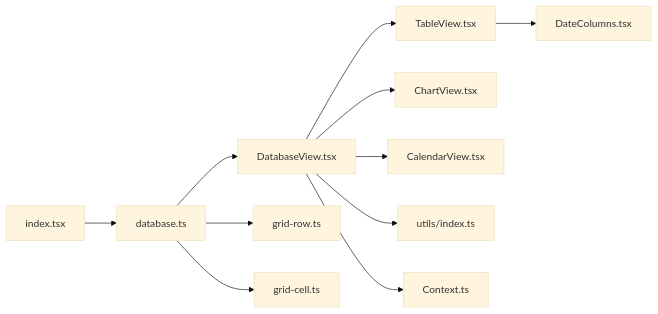
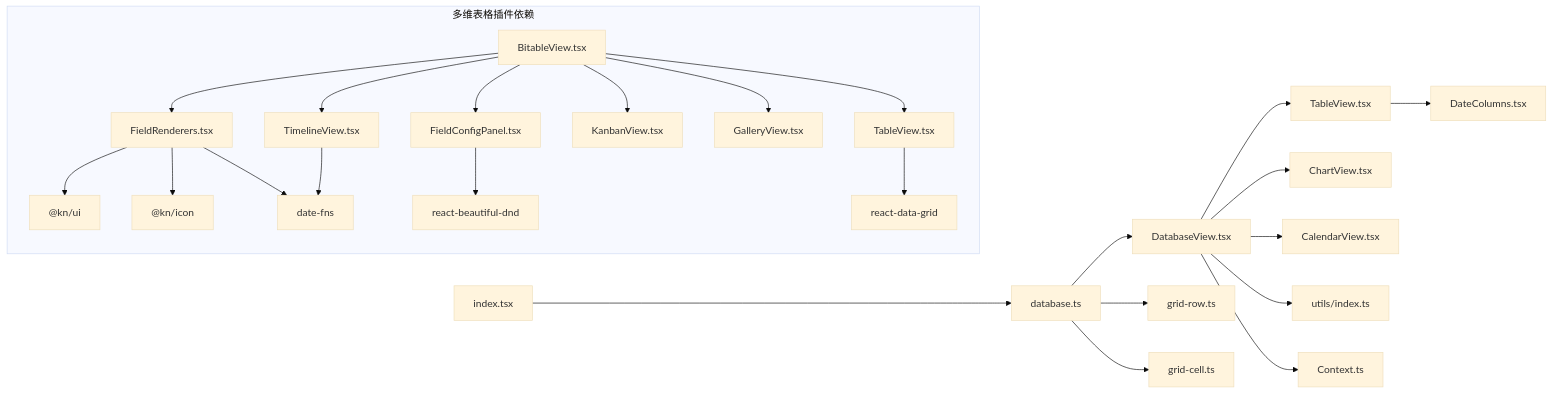
Before and after one commit to LRF0422/Kotion: diagram 11 of 11 in .qoder/repowiki/zh/content/功能模块/数据库插件/数据库插件.md, drawn with Mermaid (base theme). The commit also changed other lines of this file and 45 other files, not shown here.

````diff
--- a/.qoder/repowiki/zh/content/功能模块/数据库插件/数据库插件.md
+++ b/.qoder/repowiki/zh/content/功能模块/数据库插件/数据库插件.md
@@ -378,13 +634,27 @@
 ```mermaid
 graph LR
 IDX["index.tsx"] --> DBN["database.ts"]
 DBN --> DRV["DatabaseView.tsx"]
 DRV --> TV["TableView.tsx"]
 DRV --> CV["ChartView.tsx"]
 DRV --> CALV["CalendarView.tsx"]
 TV --> DCC["DateColumns.tsx"]
 DRV --> UT["utils/index.ts"]
 DRV --> CTX["Context.ts"]
 DBN --> GR["grid-row.ts"]
 DBN --> GC["grid-cell.ts"]
+subgraph "多维表格插件依赖"
+BV["BitableView.tsx"] --> FR["FieldRenderers.tsx"]
+BV --> FCP["FieldConfigPanel.tsx"]
+BV --> TV2["TableView.tsx"]
+BV --> KV["KanbanView.tsx"]
+BV --> GV["GalleryView.tsx"]
+BV --> TLV["TimelineView.tsx"]
+FR --> UI["@kn/ui"]
+FR --> ICON["@kn/icon"]
+FR --> DF["date-fns"]
+FCP --> RBD["react-beautiful-dnd"]
+TV2 --> RDG["react-data-grid"]
+TLV --> DF
+end
 ```
````
